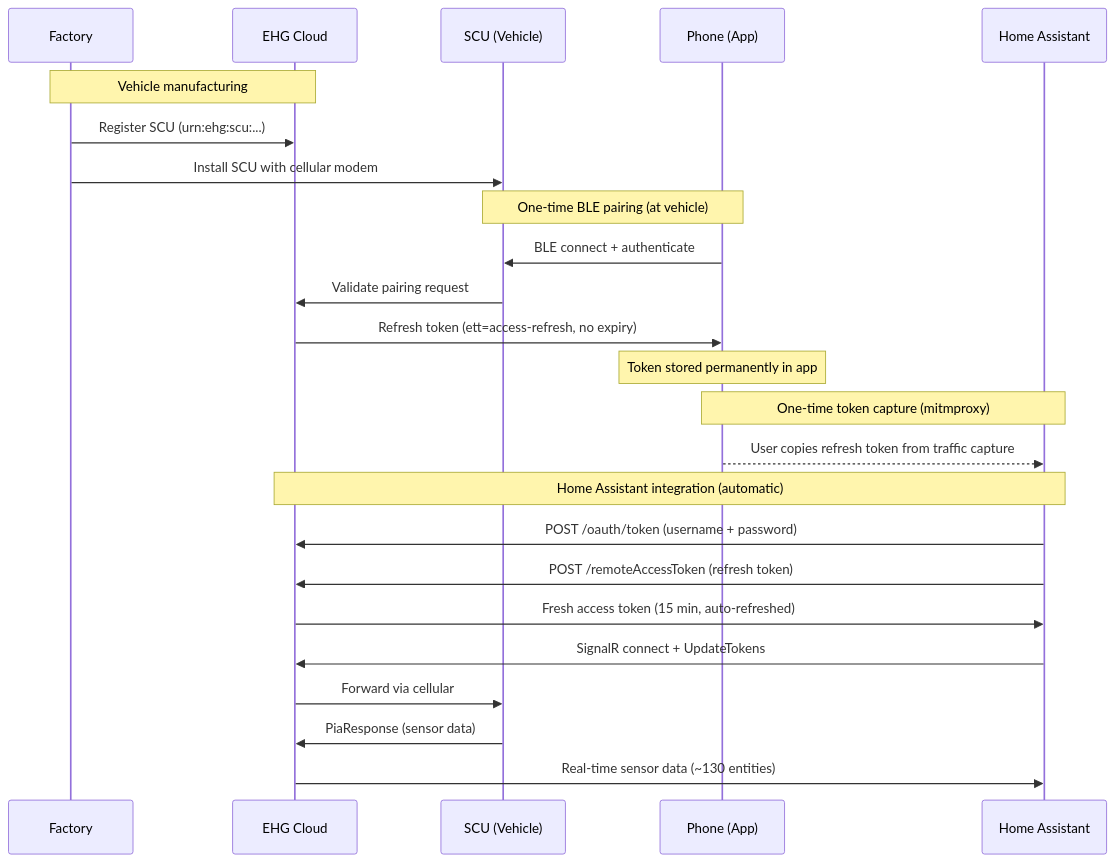
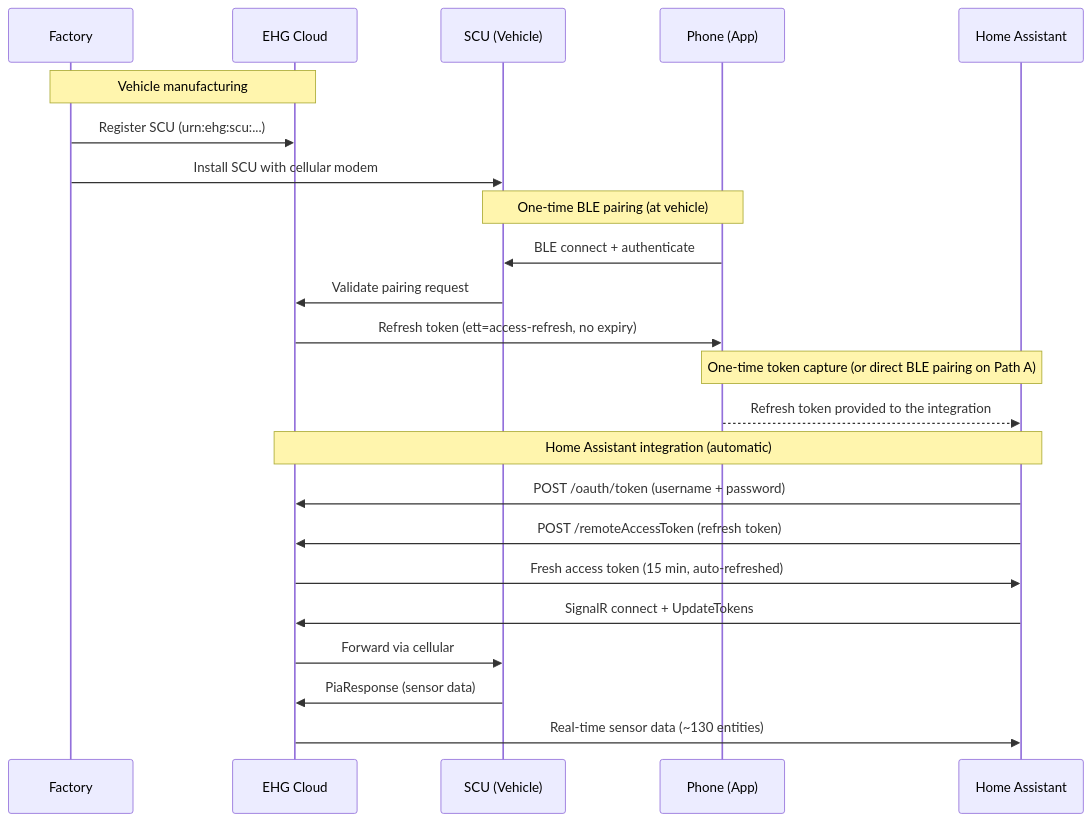
One commit to BetaHydri/hymer-connect-ha-ble changed the second of 3 diagrams in README.md. Above: the diagram before and after it, drawn with Mermaid. The commit also changed other lines of this file and 2 other files, not shown here.

````diff
--- a/README.md
+++ b/README.md
@@ -403,30 +280,29 @@
 ```mermaid
 sequenceDiagram
     participant Factory as Factory
     participant Cloud as EHG Cloud
     participant SCU as SCU (Vehicle)
     participant Phone as Phone (App)
     participant HA as Home Assistant
 
     Note over Factory,Cloud: Vehicle manufacturing
     Factory->>Cloud: Register SCU (urn:ehg:scu:...)
     Factory->>SCU: Install SCU with cellular modem
 
     Note over SCU,Phone: One-time BLE pairing (at vehicle)
     Phone->>SCU: BLE connect + authenticate
     SCU->>Cloud: Validate pairing request
     Cloud->>Phone: Refresh token (ett=access-refresh, no expiry)
-    Note over Phone: Token stored permanently in app
 
-    Note over Phone,HA: One-time token capture (mitmproxy)
-    Phone-->>HA: User copies refresh token from traffic capture
+    Note over Phone,HA: One-time token capture (or direct BLE pairing on Path A)
+    Phone-->>HA: Refresh token provided to the integration
 
     Note over HA,Cloud: Home Assistant integration (automatic)
     HA->>Cloud: POST /oauth/token (username + password)
     HA->>Cloud: POST /remoteAccessToken (refresh token)
     Cloud->>HA: Fresh access token (15 min, auto-refreshed)
     HA->>Cloud: SignalR connect + UpdateTokens
     Cloud->>SCU: Forward via cellular
     SCU->>Cloud: PiaResponse (sensor data)
     Cloud->>HA: Real-time sensor data (~130 entities)
 ```
````
